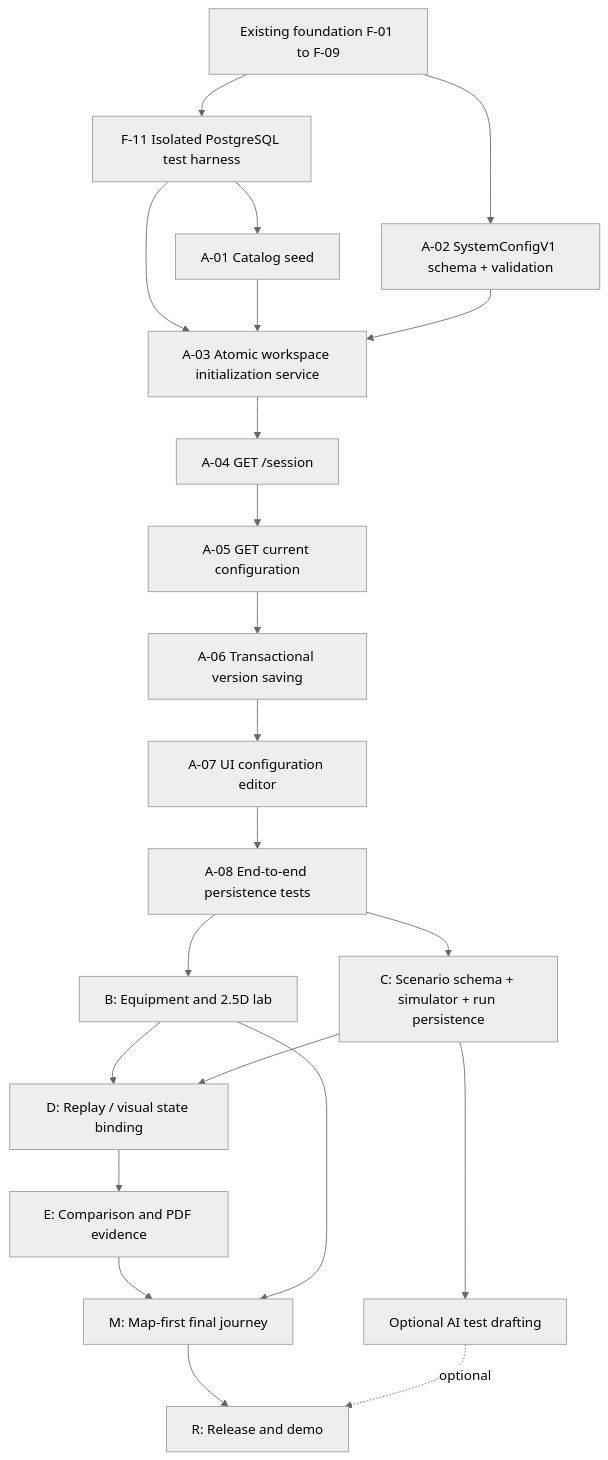
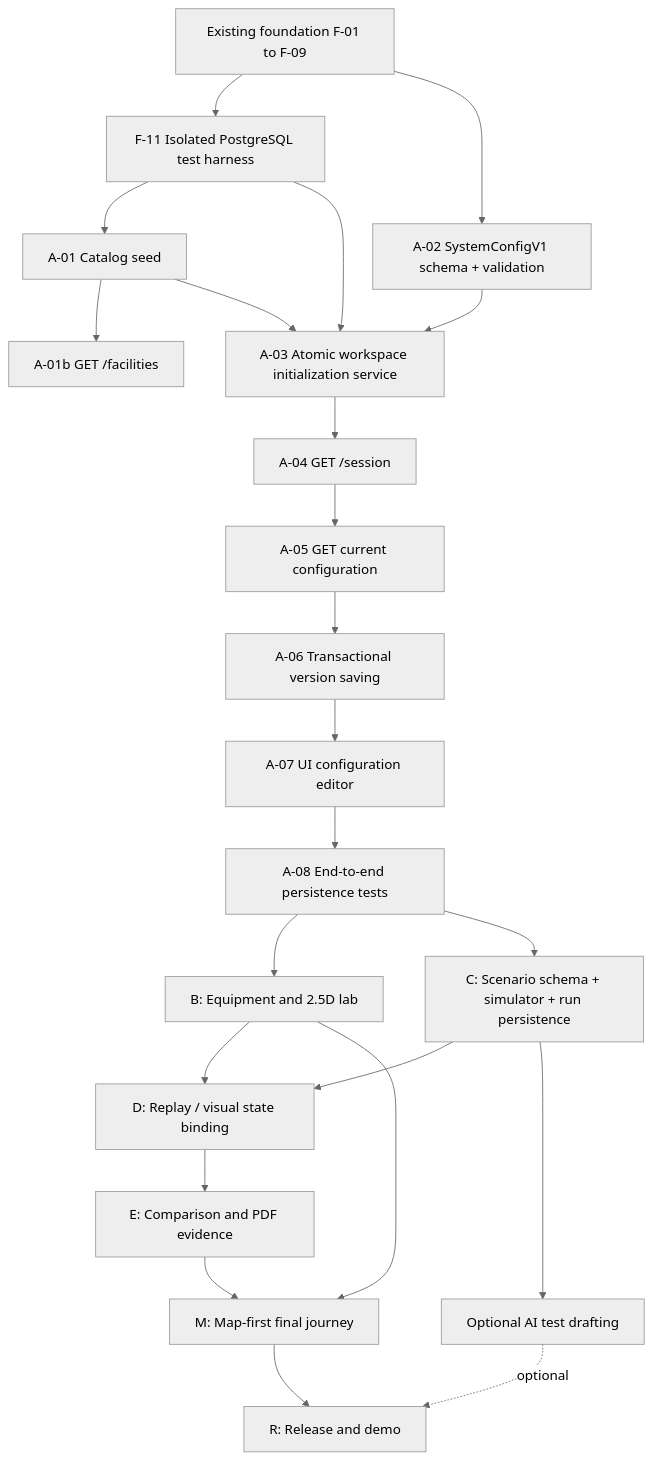
Before and after one commit to vhugo23/gridproof: the diagram in docs/10-implementation-roadmap.md, drawn with Mermaid (neutral theme). The commit also changed other lines of this file and 9 other files, not shown here.

````diff
--- a/docs/10-implementation-roadmap.md
+++ b/docs/10-implementation-roadmap.md
@@ -70,24 +70,25 @@
 ```mermaid
 flowchart TD
     F[Existing foundation F-01 to F-09] --> F11[F-11 Isolated PostgreSQL test harness]
     F --> A2[A-02 SystemConfigV1 schema + validation]
     F11 --> A1[A-01 Catalog seed]
+    A1 --> A1b[A-01b GET /facilities]
     F11 --> A3
     A1 --> A3[A-03 Atomic workspace initialization service]
     A2 --> A3
     A3 --> A4[A-04 GET /session]
     A4 --> A5[A-05 GET current configuration]
     A5 --> A6[A-06 Transactional version saving]
     A6 --> A7[A-07 UI configuration editor]
     A7 --> A8[A-08 End-to-end persistence tests]
     A8 --> B[B: Equipment and 2.5D lab]
     A8 --> C[C: Scenario schema + simulator + run persistence]
     B --> D[D: Replay / visual state binding]
     C --> D
     D --> E[E: Comparison and PDF evidence]
     E --> M[M: Map-first final journey]
     B --> M
     M --> R[R: Release and demo]
     C --> AI[Optional AI test drafting]
     AI -. optional .-> R
 ```
````
